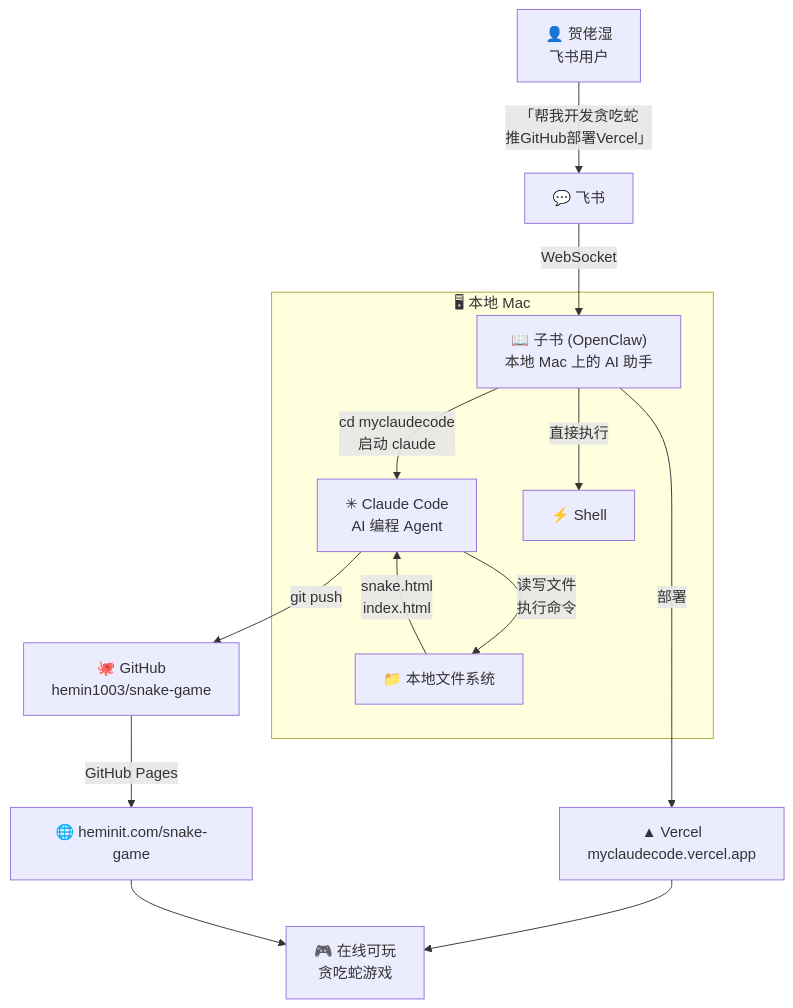
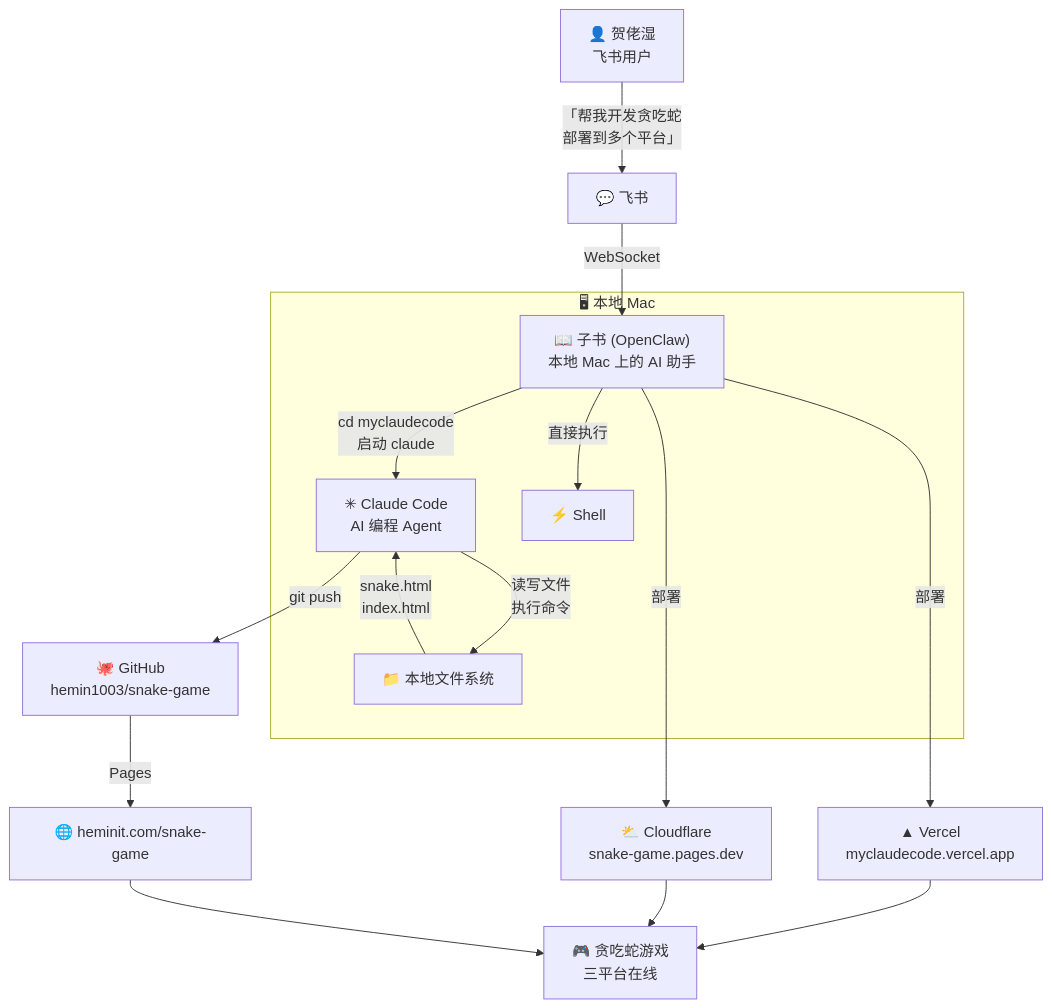
The first of 3 diagrams in README.md (hemin1003/snake-game), drawn with Mermaid before and after one commit. The commit also changed other lines of this file and 1 other file, not shown here.

Commit message:
Update README & article with Cloudflare deploy

````diff
--- a/README.md
+++ b/README.md
@@ -11,19 +11,21 @@
 ```mermaid
 flowchart TB
-    U["👤 贺佬湿<br/>飞书用户"] -->|"「帮我开发贪吃蛇<br/>推GitHub部署Vercel」"| FS["💬 飞书"]
+    U["👤 贺佬湿<br/>飞书用户"] -->|"「帮我开发贪吃蛇<br/>部署到多个平台」"| FS["💬 飞书"]
     FS -->|WebSocket| OC["📖 子书 (OpenClaw)<br/>本地 Mac 上的 AI 助手"]
     
     subgraph Mac["🖥 本地 Mac"]
         OC -->|"cd myclaudecode<br/>启动 claude"| CC["✳ Claude Code<br/>AI 编程 Agent"]
         CC -->|"读写文件<br/>执行命令"| FS2["📁 本地文件系统"]
         FS2 -->|"snake.html<br/>index.html"| CC
         OC -->|"直接执行"| SHELL["⚡ Shell"]
     end
     
     CC -->|"git push"| GH["🐙 GitHub<br/>hemin1003/snake-game"]
     OC -->|"部署"| VC["▲ Vercel<br/>myclaudecode.vercel.app"]
-    GH -->|"GitHub Pages"| WEB["🌐 heminit.com/snake-game"]
+    OC -->|"部署"| CF["⛅ Cloudflare<br/>snake-game.pages.dev"]
+    GH -->|"Pages"| GP["🌐 heminit.com/snake-game"]
     
-    VC --> RESULT["🎮 在线可玩<br/>贪吃蛇游戏"]
-    WEB --> RESULT
+    VC --> RESULT["🎮 贪吃蛇游戏<br/>三平台在线"]
+    CF --> RESULT
+    GP --> RESULT
 ```
````
